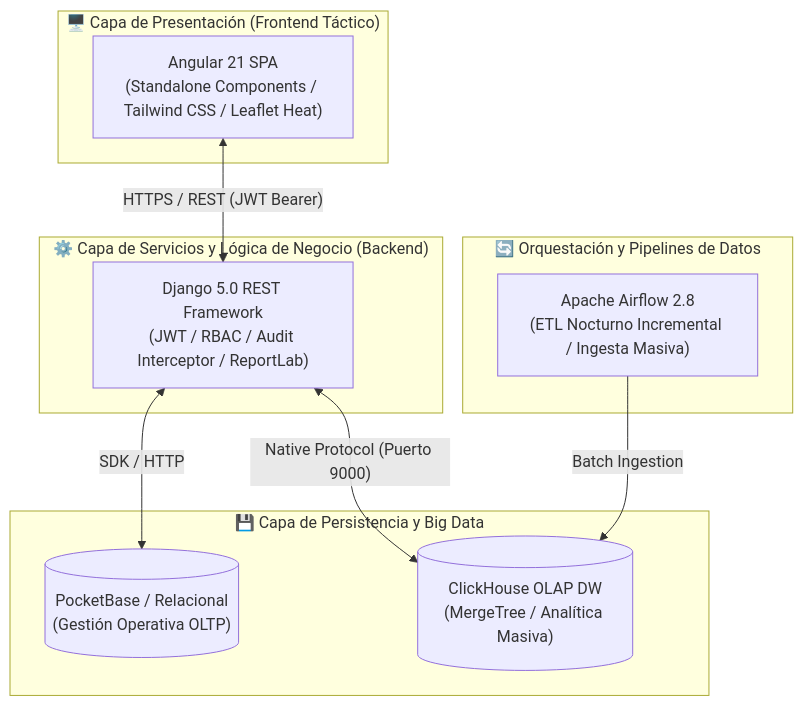
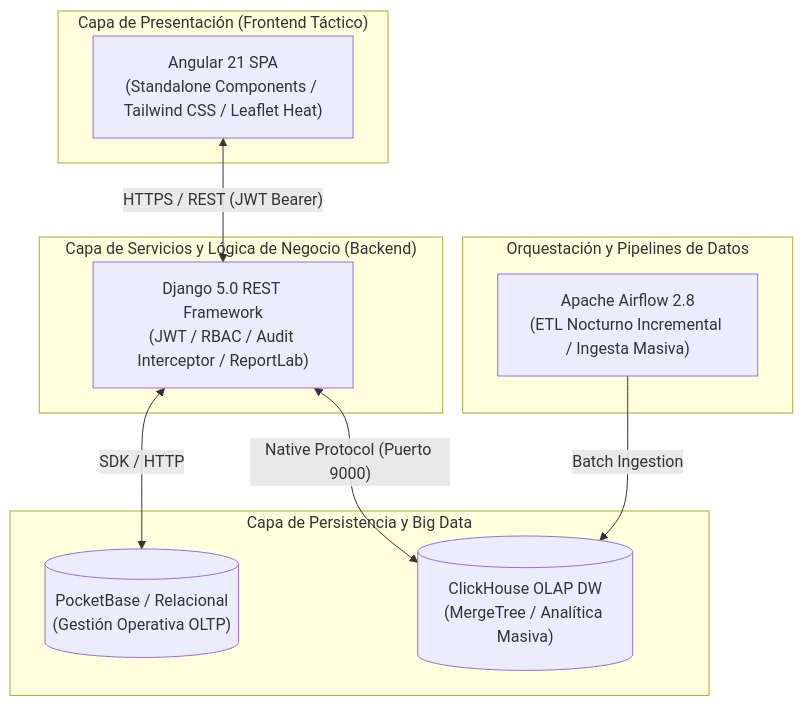
One commit to JeremyJaramillo72/SafeCity_Departamento_De_Policia_Chicago changed the diagram in README.md. Above: the diagram before and after it, drawn with Mermaid. The commit also changed other lines of this file, not shown here.

````diff
--- a/README.md
+++ b/README.md
@@ -45,24 +45,24 @@
 ```mermaid
 flowchart TD
-    subgraph ClientLayer["🖥️ Capa de Presentación (Frontend Táctico)"]
+    subgraph ClientLayer["Capa de Presentación (Frontend Táctico)"]
         UI["Angular 21 SPA\n(Standalone Components / Tailwind CSS / Leaflet Heat)"]
     end
 
-    subgraph APILayer["⚙️ Capa de Servicios y Lógica de Negocio (Backend)"]
+    subgraph APILayer["Capa de Servicios y Lógica de Negocio (Backend)"]
         API["Django 5.0 REST Framework\n(JWT / RBAC / Audit Interceptor / ReportLab)"]
     end
 
-    subgraph DataLayer["💾 Capa de Persistencia y Big Data"]
+    subgraph DataLayer["Capa de Persistencia y Big Data"]
         PB[("PocketBase / Relacional\n(Gestión Operativa OLTP)")]
         CH[("ClickHouse OLAP DW\n(MergeTree / Analítica Masiva)")]
     end
 
-    subgraph DataPipeline["🔄 Orquestación y Pipelines de Datos"]
+    subgraph DataPipeline["Orquestación y Pipelines de Datos"]
         Airflow["Apache Airflow 2.8\n(ETL Nocturno Incremental / Ingesta Masiva)"]
     end
 
     UI <-->|"HTTPS / REST (JWT Bearer)"| API
     API <-->|"SDK / HTTP"| PB
     API <-->|"Native Protocol (Puerto 9000)"| CH
     Airflow -->|"Batch Ingestion"| CH
 ```
````
